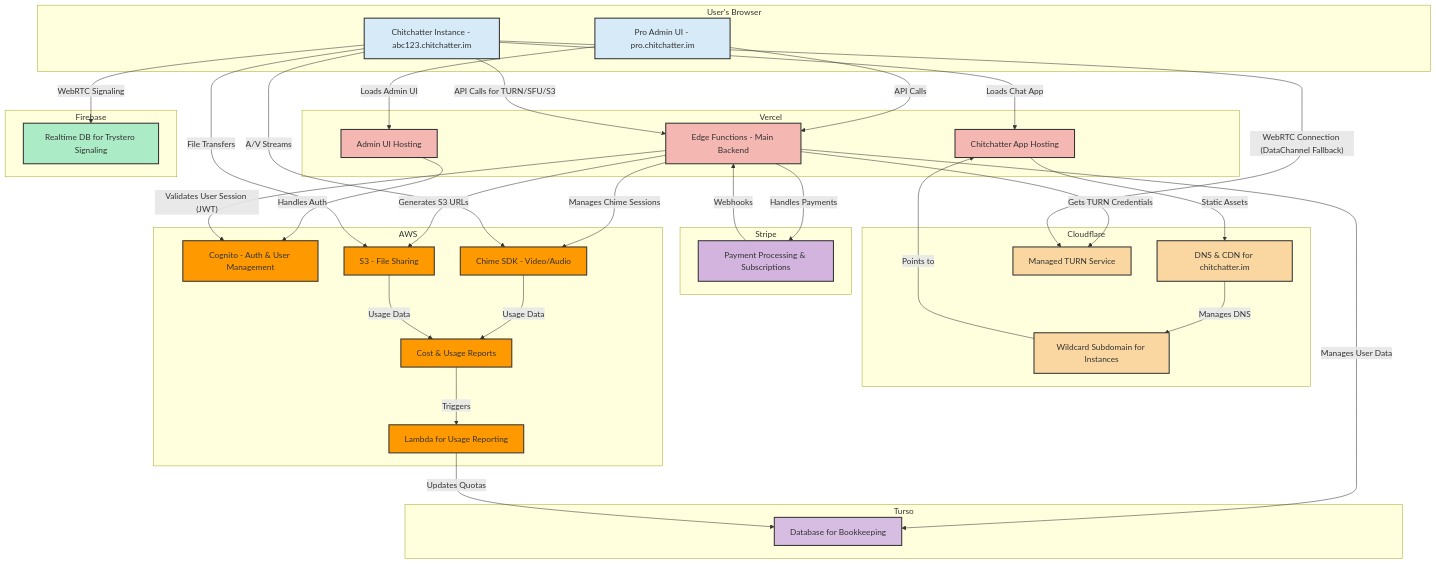
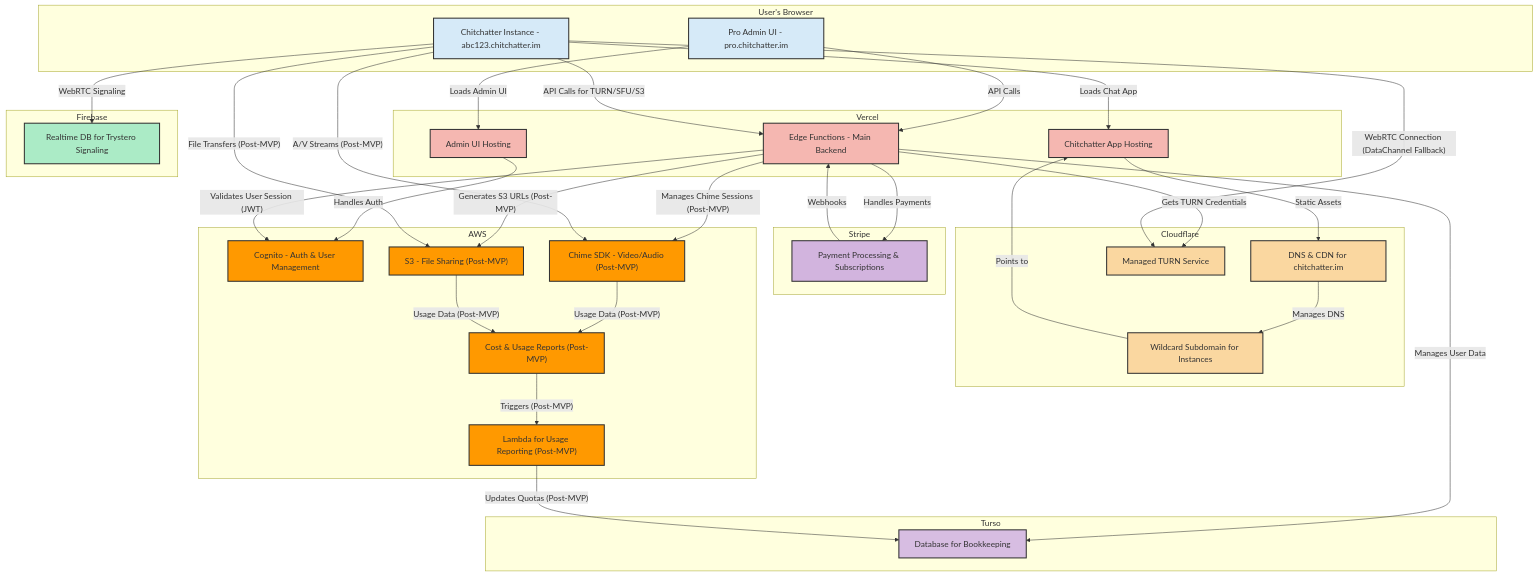
One commit to chitchatter-pro/chitchatter-pro changed the first of 3 diagrams in docs/system-architecture.md. Above: the diagram before and after it, drawn with Mermaid. The commit also changed other lines of this file, not shown here.

Commit message:
docs(#4): create distinction between MVP and post-MVP phases

```diff
--- a/docs/system-architecture.md
+++ b/docs/system-architecture.md
@@ -41,10 +63,10 @@
 
     subgraph "AWS"
         H[Cognito - Auth & User Management]
-        P[Chime SDK - Video/Audio]
-        Q[S3 - File Sharing]
-        R[Lambda for Usage Reporting]
-        S[Cost & Usage Reports]
+        P["Chime SDK - Video/Audio (Post-MVP)"]
+        Q["S3 - File Sharing (Post-MVP)"]
+        R["Lambda for Usage Reporting (Post-MVP)"]
+        S["Cost & Usage Reports (Post-MVP)"]
     end
 
     A -- "Loads Admin UI" --> C
@@ -60,23 +82,23 @@
     E -- "Manages User Data" --> I
     E -- "Handles Payments" --> K
     E -- "Gets TURN Credentials" --> O
-    E -- "Manages Chime Sessions" --> P
-    E -- "Generates S3 URLs" --> Q
+    E -- "Manages Chime Sessions (Post-MVP)" --> P
+    E -- "Generates S3 URLs (Post-MVP)" --> Q
 
     B -- "WebRTC Signaling" --> J
     B -- "WebRTC Connection (DataChannel Fallback)" --> O
-    B -- "A/V Streams" --> P
-    B -- "File Transfers" --> Q
+    B -- "A/V Streams (Post-MVP)" --> P
+    B -- "File Transfers (Post-MVP)" --> Q
 
     K -- "Webhooks" --> E
 
     F -- "Manages DNS" --> G
     G -- "Points to" --> D
 
-    P -- "Usage Data" --> S
-    Q -- "Usage Data" --> S
-    S -- "Triggers" --> R
-    R -- "Updates Quotas" --> I
+    P -- "Usage Data (Post-MVP)" --> S
+    Q -- "Usage Data (Post-MVP)" --> S
+    S -- "Triggers (Post-MVP)" --> R
+    R -- "Updates Quotas (Post-MVP)" --> I
 
     style A fill:#D6EAF8,stroke:#333,stroke-width:2px,color:#333
     style B fill:#D6EAF8,stroke:#333,stroke-width:2px,color:#333
```
